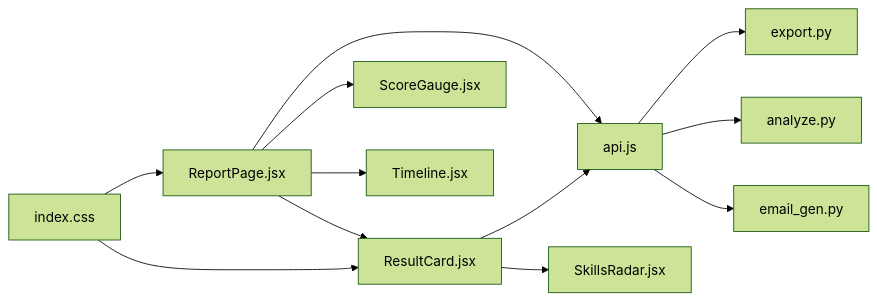
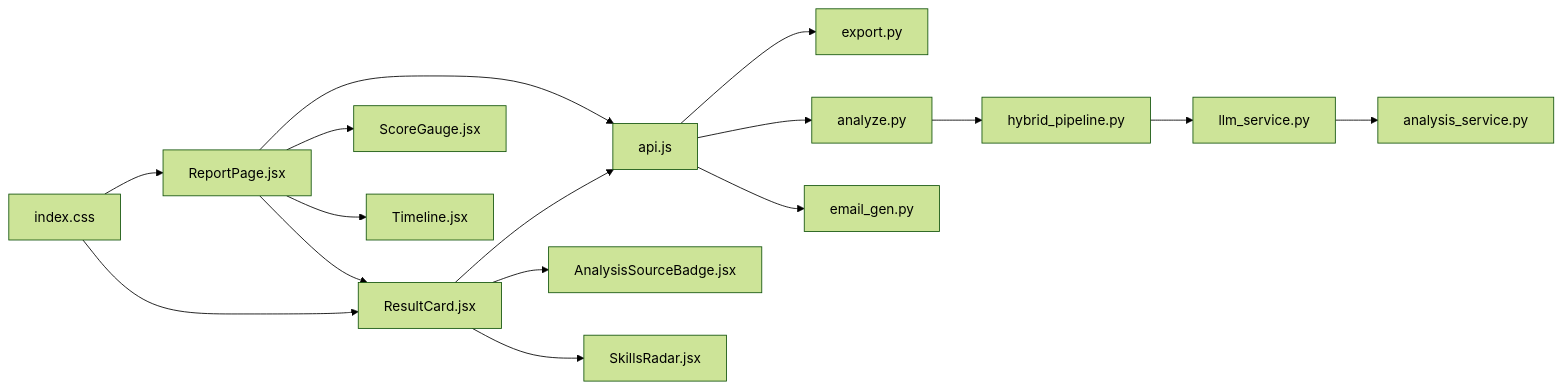
Diagram 13 of 13 in .qoder/repowiki/en/content/Reporting & Analytics/Individual Reports.md (Revanththetalogics/aireume), drawn with Mermaid (forest theme) before and after one commit. The commit also changed other lines of this file and 6 other files, not shown here.

````diff
--- a/.qoder/repowiki/en/content/Reporting & Analytics/Individual Reports.md
+++ b/.qoder/repowiki/en/content/Reporting & Analytics/Individual Reports.md
@@ -423,14 +505,18 @@
 ```mermaid
 graph LR
 RP["ReportPage.jsx"] --> RC["ResultCard.jsx"]
 RP --> SG["ScoreGauge.jsx"]
 RP --> TL["Timeline.jsx"]
 RP --> API["api.js"]
+RC --> ASB["AnalysisSourceBadge.jsx"]
 RC --> SR["SkillsRadar.jsx"]
 RC --> API
 API --> EX["export.py"]
 API --> AN["analyze.py"]
+AN --> HP["hybrid_pipeline.py"]
+HP --> LS["llm_service.py"]
+LS --> AS["analysis_service.py"]
 API --> EG["email_gen.py"]
 CSS["index.css"] --> RP
 CSS --> RC
 ```
````
